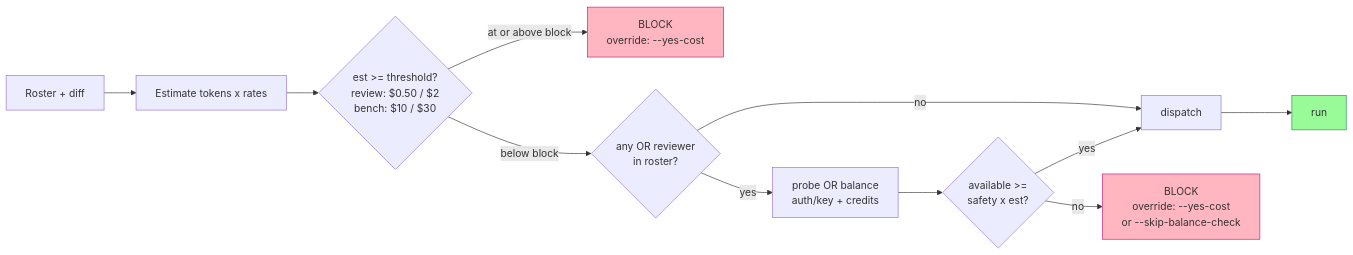
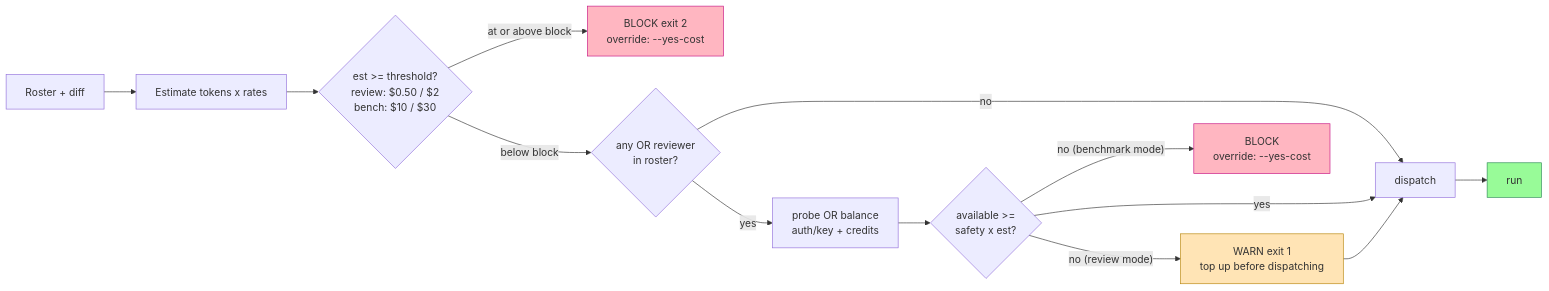
One commit to jimstratus/argus changed the fifth of 5 diagrams in README.md. Above: the diagram before and after it, drawn with Mermaid. The commit also changed other lines of this file and 4 other files, not shown here.

First line of the commit message:
docs: accuracy pass + diagrams across all five documents

````diff
--- a/README.md
+++ b/README.md
@@ -297,17 +338,20 @@
 ```mermaid
 flowchart LR
     A["Roster + diff"] --> B["Estimate tokens x rates"]
     B --> C{"est >= threshold?<br>review: $0.50 / $2<br>bench: $10 / $30"}
-    C -->|at or above block| X1["BLOCK<br>override: --yes-cost"]
+    C -->|at or above block| X1["BLOCK exit 2<br>override: --yes-cost"]
     C -->|below block| D{"any OR reviewer<br>in roster?"}
     D -->|no| F["dispatch"]
     D -->|yes| E["probe OR balance<br>auth/key + credits"]
     E --> G{"available >=<br>safety x est?"}
-    G -->|no| X2["BLOCK<br>override: --yes-cost<br>or --skip-balance-check"]
+    G -->|"no (review mode)"| W["WARN exit 1<br>top up before dispatching"]
+    G -->|"no (benchmark mode)"| X2["BLOCK<br>override: --yes-cost"]
     G -->|yes| F
+    W --> F
     F --> Z["run"]
 
     style X1 fill:#ffb6c1,stroke:#c71585
     style X2 fill:#ffb6c1,stroke:#c71585
+    style W fill:#ffe4b5,stroke:#b8860b
     style Z fill:#98fb98,stroke:#2e8b57
 ```
````
